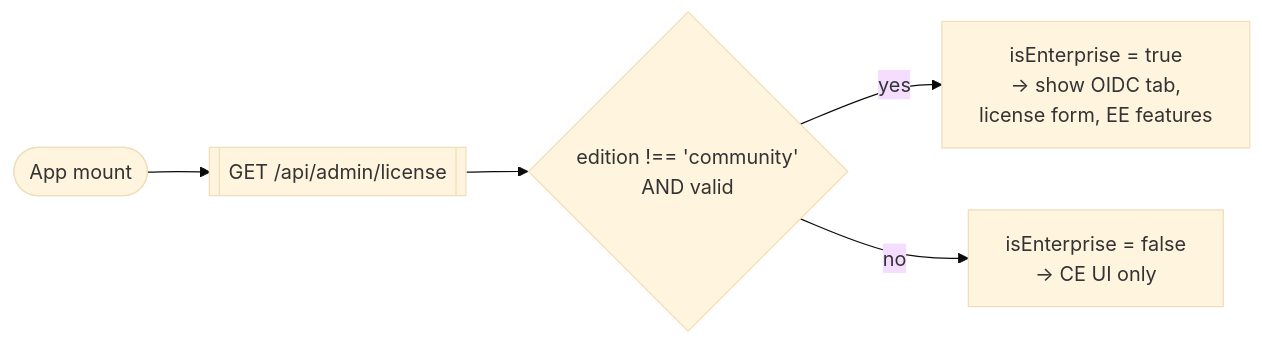
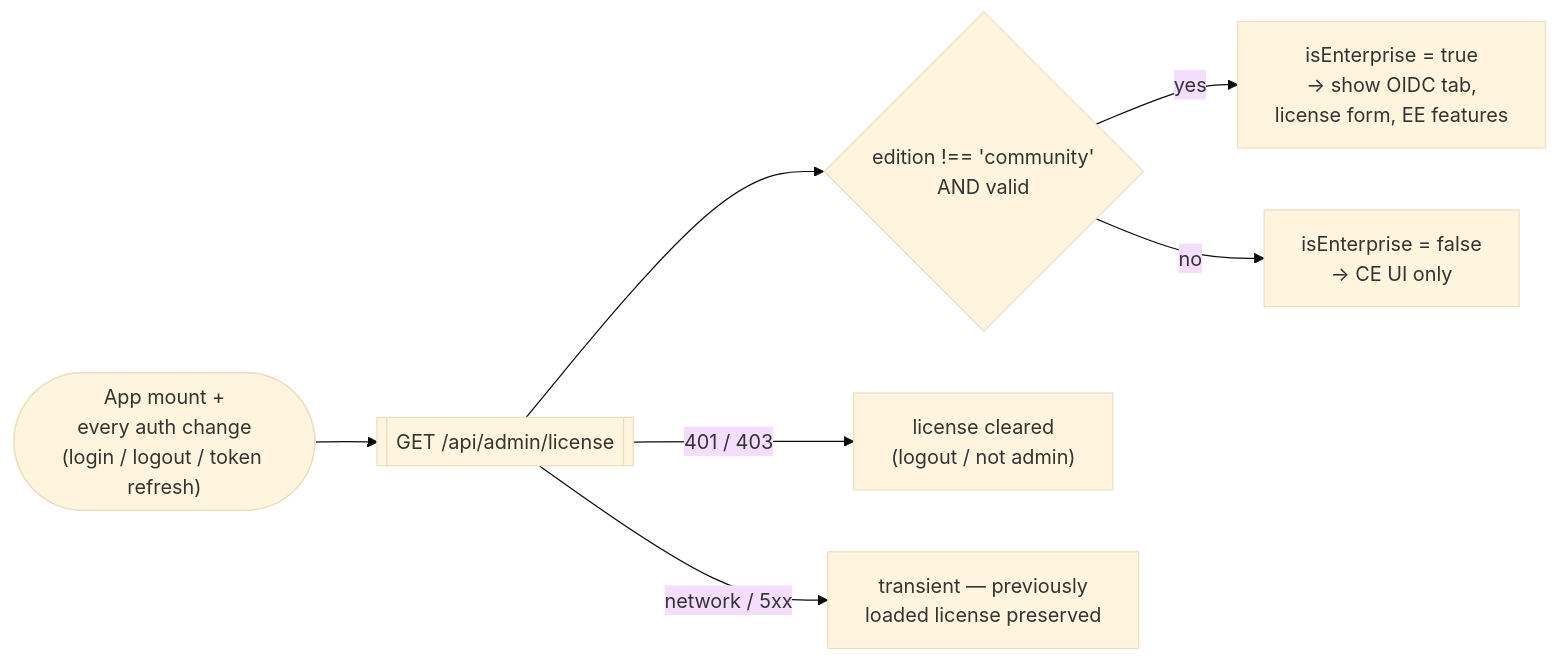
Before and after one commit to Compendiq/compendiq-ce: the third of 3 diagrams in docs/architecture/10-flow-enterprise-license.md, drawn with Mermaid (base theme). The commit also changed other lines of this file and 2 other files, not shown here.

````diff
--- a/docs/architecture/10-flow-enterprise-license.md
+++ b/docs/architecture/10-flow-enterprise-license.md
@@ -96,7 +96,9 @@
 ```mermaid
 flowchart LR
-    boot(["App mount"]) --> fetch[["GET /api/admin/license"]]
+    boot(["App mount +<br/>every auth change<br/>(login / logout / token refresh)"]) --> fetch[["GET /api/admin/license"]]
     fetch --> decide{edition !== 'community'<br/>AND valid}
     decide -- yes --> ee["isEnterprise = true<br/>→ show OIDC tab,<br/>license form, EE features"]
     decide -- no  --> ce["isEnterprise = false<br/>→ CE UI only"]
+    fetch -- 401 / 403 --> clear["license cleared<br/>(logout / not admin)"]
+    fetch -- network / 5xx --> keep["transient — previously<br/>loaded license preserved"]
 ```
````
